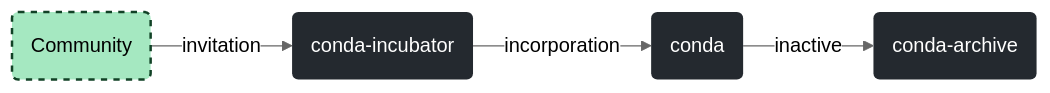
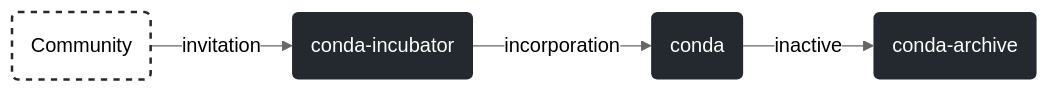
The diagram in profile/README.md (conda/.github), drawn with Mermaid (neutral theme) before and after one commit.

Commit message:
Update background color of community tab for darkmode (#7)

````diff
--- a/profile/README.md
+++ b/profile/README.md
@@ -26,21 +26,21 @@
 ```mermaid
 flowchart LR
     %% nodes
     community(Community):::community
     incubator(conda-incubator):::github
     conda(conda):::github
     archive(conda-archive):::github
 
     %% graph
     community-- invitation -->incubator
     incubator-- incorporation -->conda
     %% incubator-- inactive -->archive
     %% incubator-- unassociated -->community
     conda-- inactive -->archive
     %% conda-- dissolved -->incubator
     %% archive-- revived -->incubator
 
     %% style
-    classDef community fill:#a5e8c1,stroke:#114226,stroke-width:2,stroke-dasharray: 5 5
+    classDef community fill:#fff,stroke:#24292f,stroke-width:2,stroke-dasharray: 5 5
     classDef github fill:#24292f,stroke:none,color:#fff
 ```
````
